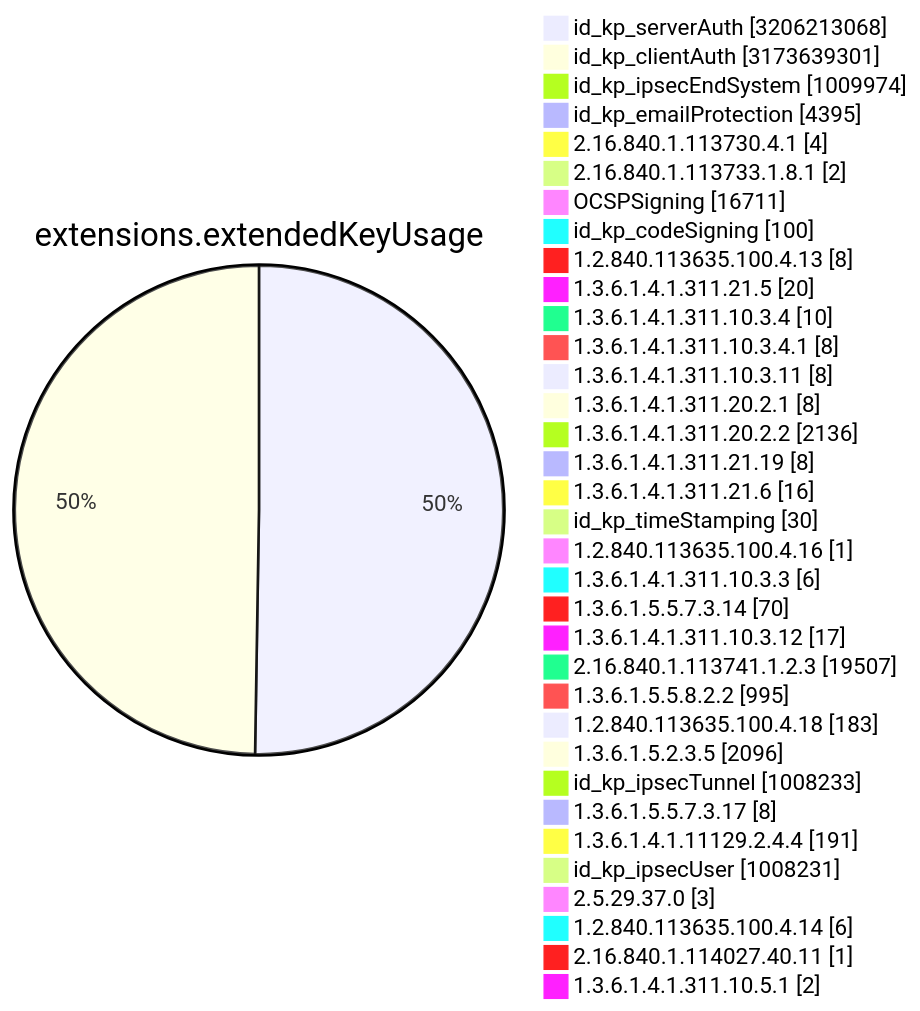
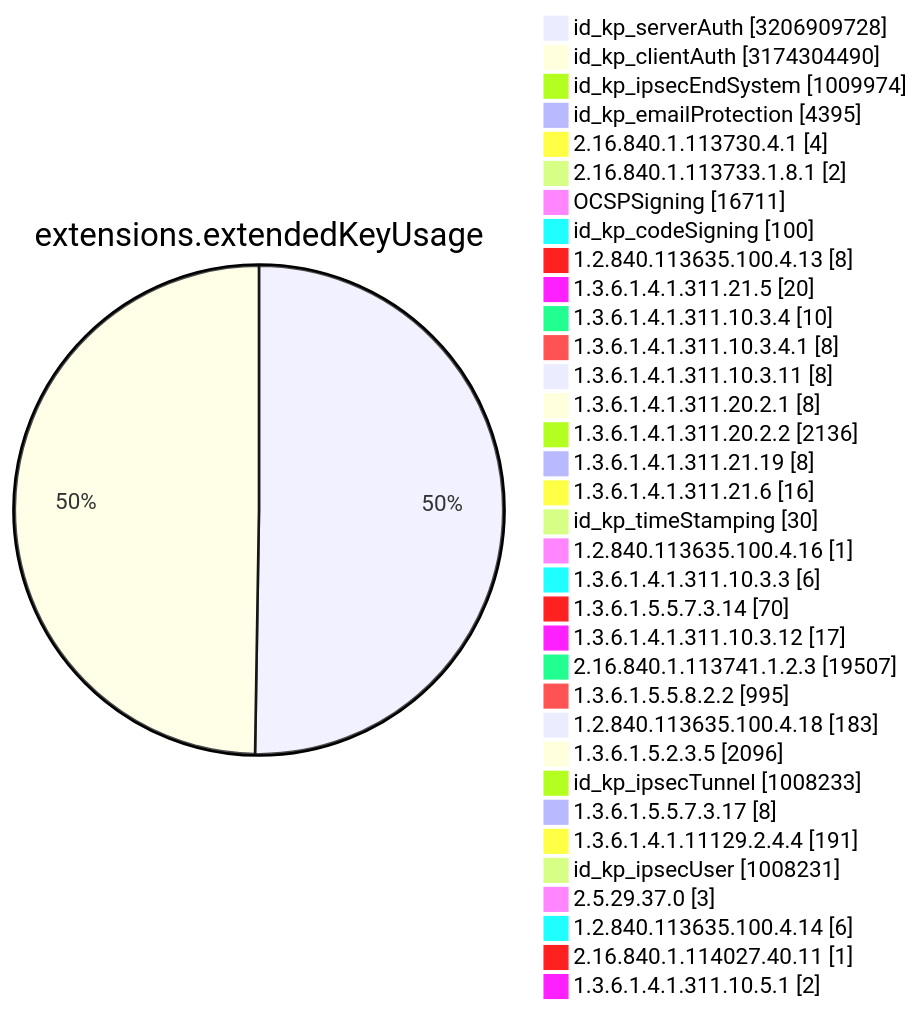
One commit to christiankrug/ctmonitor_visualization changed diagram 11 of 15 in TOTAL/README.md. Above: the diagram before and after it, drawn with Mermaid. The commit also changed other lines of this file, not shown here.

````diff
--- a/TOTAL/README.md
+++ b/TOTAL/README.md
@@ -4119,38 +4119,38 @@
 ```mermaid
 pie showData
 title extensions.extendedKeyUsage
-"id_kp_serverAuth" :3206213068
-"id_kp_clientAuth" :3173639301
+"id_kp_serverAuth" :3206909728
+"id_kp_clientAuth" :3174304490
 "id_kp_ipsecEndSystem" :1009974
 "id_kp_emailProtection" :4395
 "2.16.840.1.113730.4.1" :4
 "2.16.840.1.113733.1.8.1" :2
 "OCSPSigning" :16711
 "id_kp_codeSigning" :100
 "1.2.840.113635.100.4.13" :8
 "1.3.6.1.4.1.311.21.5" :20
 "1.3.6.1.4.1.311.10.3.4" :10
 "1.3.6.1.4.1.311.10.3.4.1" :8
 "1.3.6.1.4.1.311.10.3.11" :8
 "1.3.6.1.4.1.311.20.2.1" :8
 "1.3.6.1.4.1.311.20.2.2" :2136
 "1.3.6.1.4.1.311.21.19" :8
 "1.3.6.1.4.1.311.21.6" :16
 "id_kp_timeStamping" :30
 "1.2.840.113635.100.4.16" :1
 "1.3.6.1.4.1.311.10.3.3" :6
 "1.3.6.1.5.5.7.3.14" :70
 "1.3.6.1.4.1.311.10.3.12" :17
 "2.16.840.1.113741.1.2.3" :19507
 "1.3.6.1.5.5.8.2.2" :995
 "1.2.840.113635.100.4.18" :183
 "1.3.6.1.5.2.3.5" :2096
 "id_kp_ipsecTunnel" :1008233
 "1.3.6.1.5.5.7.3.17" :8
 "1.3.6.1.4.1.11129.2.4.4" :191
 "id_kp_ipsecUser" :1008231
 "2.5.29.37.0" :3
 "1.2.840.113635.100.4.14" :6
 "2.16.840.1.114027.40.11" :1
 "1.3.6.1.4.1.311.10.5.1" :2
 ```
````
